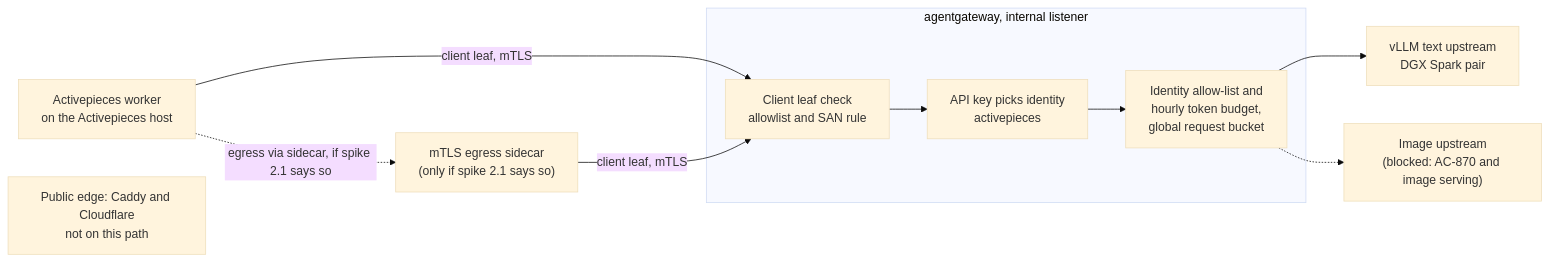
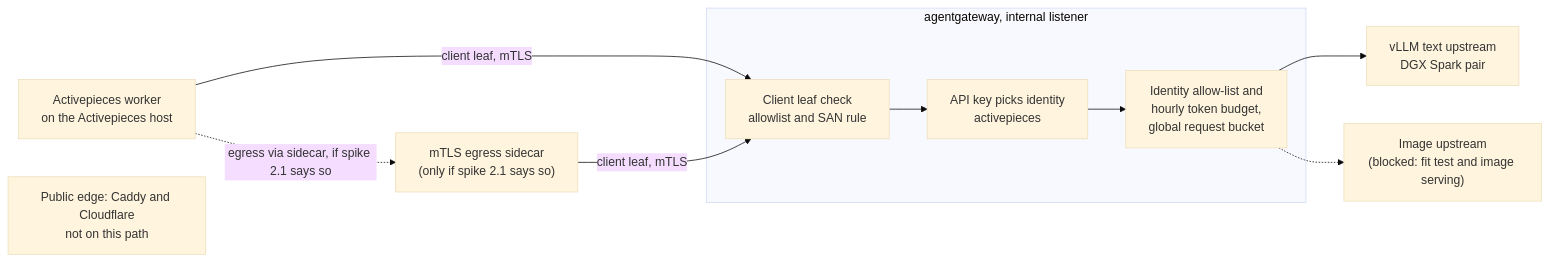
Before and after one commit to uhstray-io/agent-cloud: the diagram in plan/development/27-agentgateway-content-generation.md, drawn with Mermaid (base theme). The commit also changed other lines of this file and 3 other files, not shown here.

````diff
--- a/plan/development/27-agentgateway-content-generation.md
+++ b/plan/development/27-agentgateway-content-generation.md
@@ -66,19 +66,19 @@
 ```mermaid
 flowchart LR
     AP["Activepieces worker<br/>on the Activepieces host"]
     SC["mTLS egress sidecar<br/>(only if spike 2.1 says so)"]
     subgraph GW["agentgateway, internal listener"]
         LIS["Client leaf check<br/>allowlist and SAN rule"]
         KEY["API key picks identity<br/>activepieces"]
         LIM["Identity allow-list and<br/>hourly token budget,<br/>global request bucket"]
     end
     VLLM["vLLM text upstream<br/>DGX Spark pair"]
-    IMG["Image upstream<br/>(blocked: AC-870 and image serving)"]
+    IMG["Image upstream<br/>(blocked: fit test and image serving)"]
     EDGE["Public edge: Caddy and Cloudflare<br/>not on this path"]
     AP -- "client leaf, mTLS" --> LIS
     AP -. "egress via sidecar, if spike 2.1 says so" .-> SC
     SC -- "client leaf, mTLS" --> LIS
     LIS --> KEY --> LIM
     LIM --> VLLM
     LIM -.-> IMG
 ```
````
